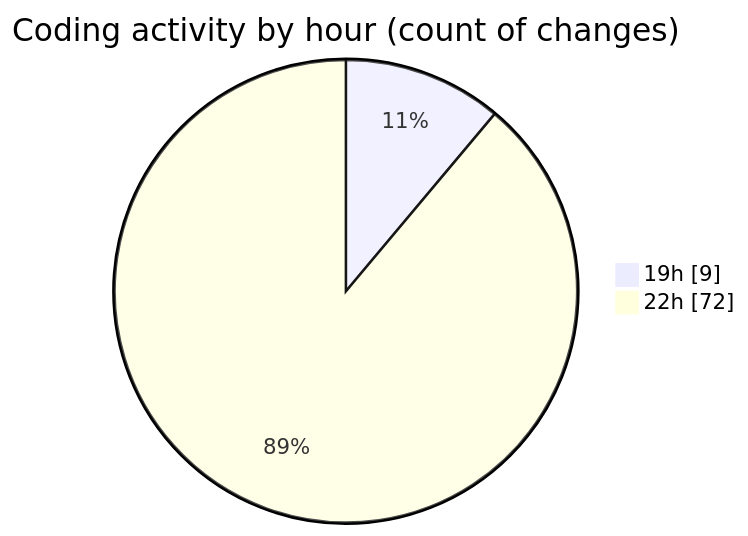
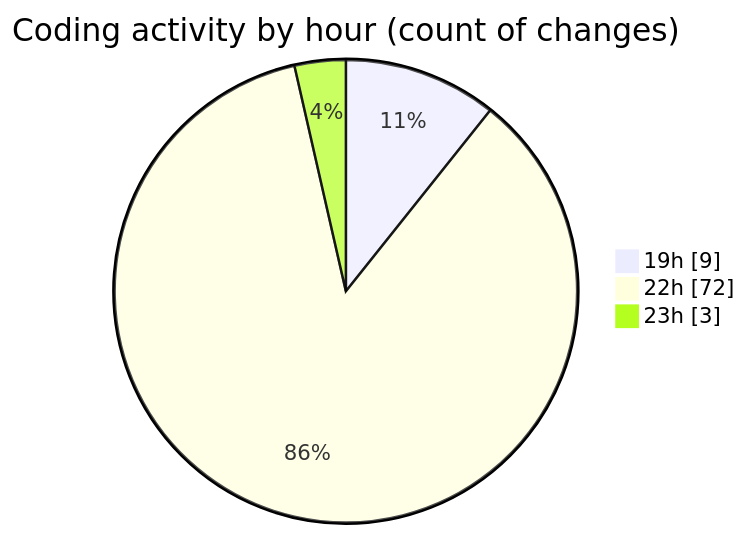
One commit to MatusMokan/code-tracking changed the second of 2 diagrams in 2025-10-07/untitled__workspace_/README.md. Above: the diagram before and after it, drawn with Mermaid. The commit also changed other lines of this file and 1 other file, not shown here.

````diff
--- a/2025-10-07/untitled__workspace_/README.md
+++ b/2025-10-07/untitled__workspace_/README.md
@@ -31,6 +31,7 @@
 ```mermaid
 pie showData
 title Coding activity by hour (count of changes)
 "19h" : 9
 "22h" : 72
+"23h" : 3
 ```
````
